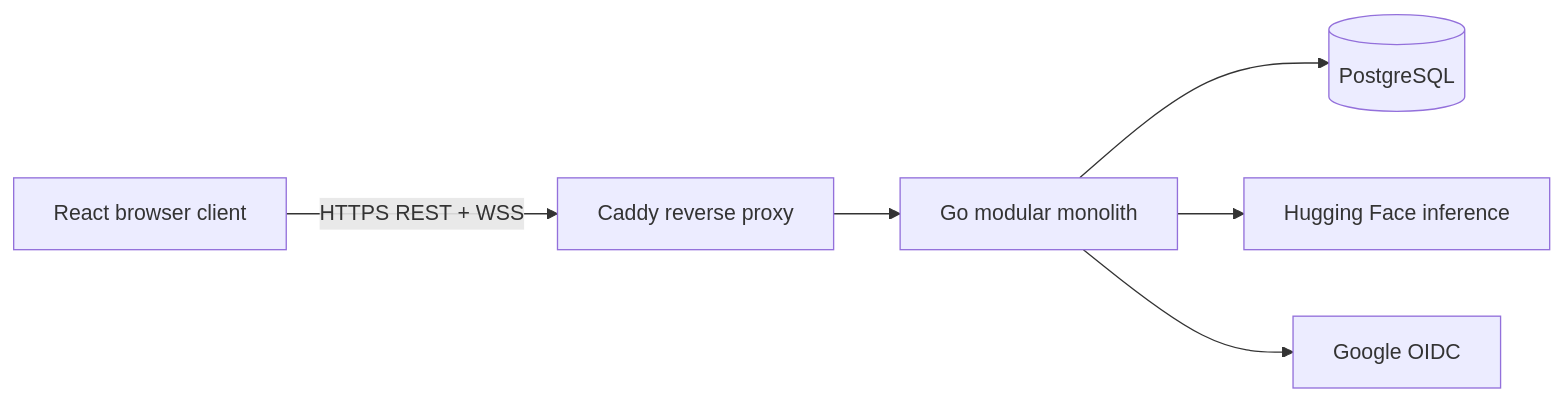
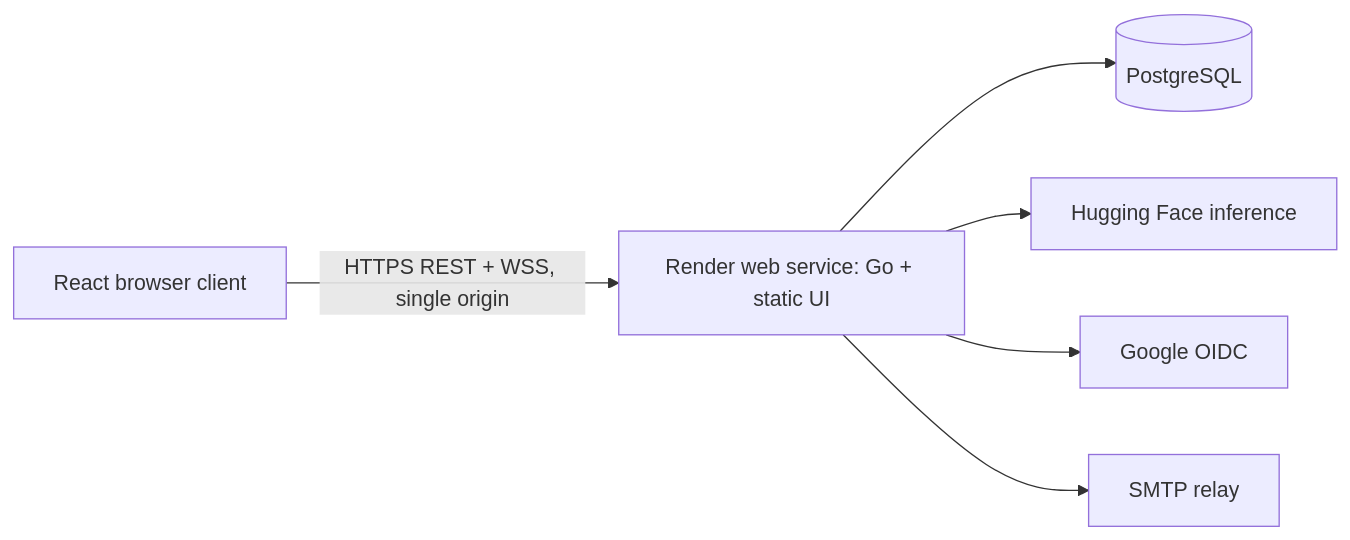
One commit to mddanish004/Quizmaster changed the diagram in README.md. Above: the diagram before and after it, drawn with Mermaid. The commit also changed other lines of this file and 44 other files, not shown here.

Commit message:
Render single-service production: retire AWS (Stage 6, ADR-016)

````diff
--- a/README.md
+++ b/README.md
@@ -16,8 +16,8 @@
 ```mermaid
 flowchart LR
-  Browser[React browser client] -->|HTTPS REST + WSS| Caddy[Caddy reverse proxy]
-  Caddy --> API[Go modular monolith]
-  API --> Neon[(PostgreSQL)]
-  API --> HF[Hugging Face inference]
-  API --> Google[Google OIDC]
+  Browser[React browser client] -->|HTTPS REST + WSS, single origin| Render[Render web service: Go + static UI]
+  Render --> Neon[(PostgreSQL)]
+  Render --> HF[Hugging Face inference]
+  Render --> Google[Google OIDC]
+  Render --> SMTP[SMTP relay]
 ```
````
